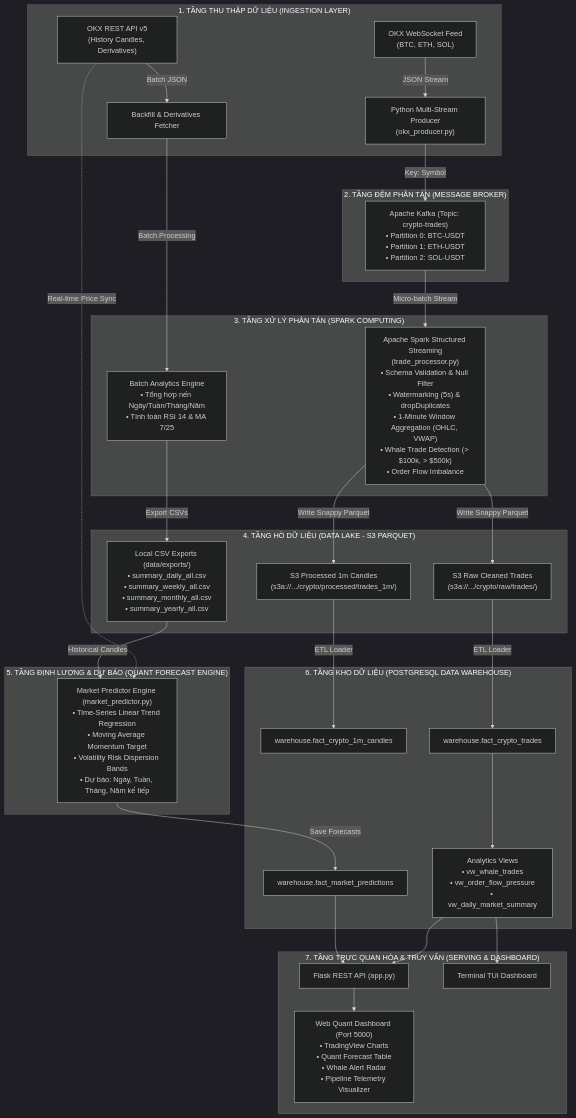
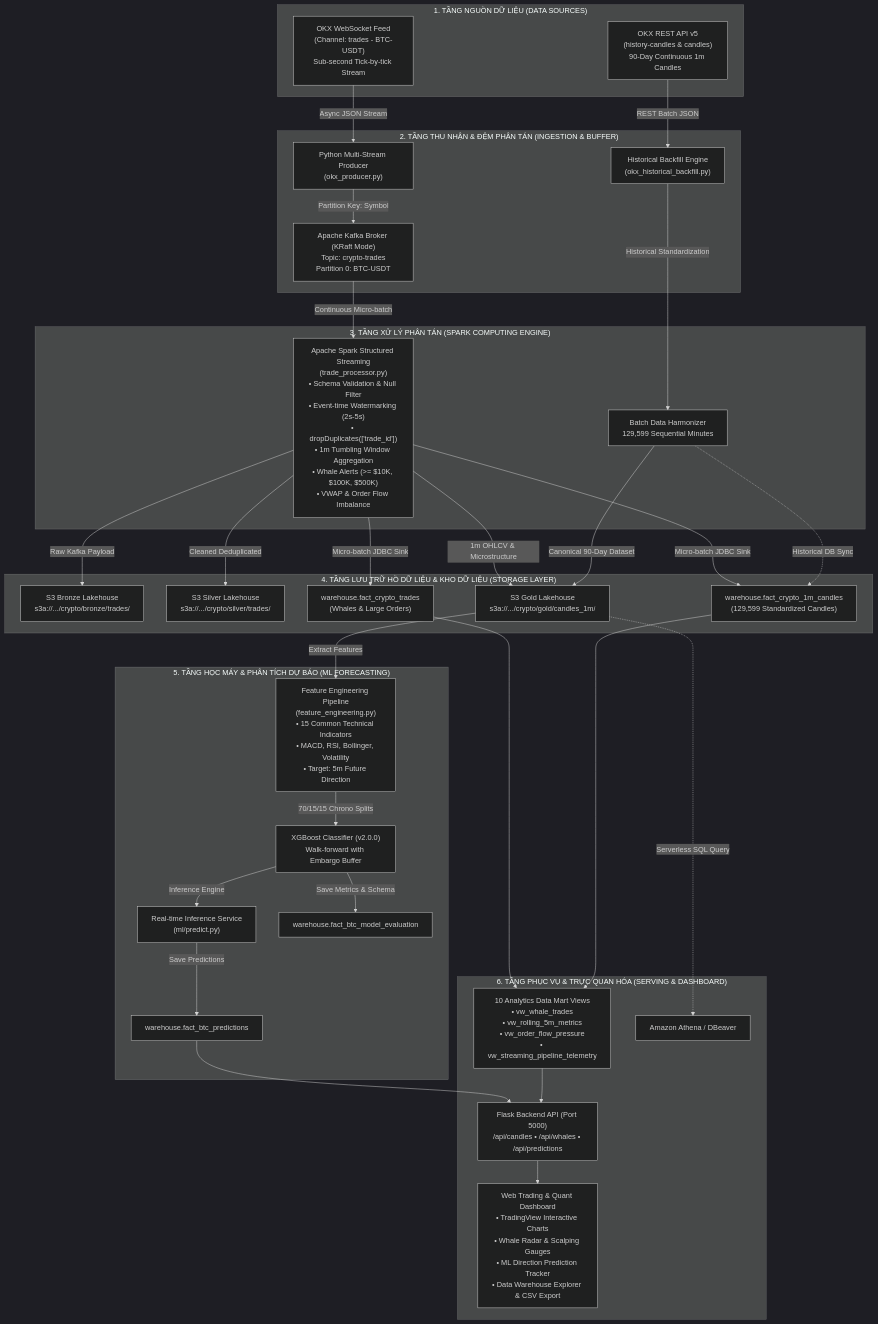
The diagram in README_REPORT.md (thanhduc0609/Crypto-bigdata), drawn with Mermaid (dark theme) before and after one commit. The commit also changed other lines of this file and 97 other files, not shown here.

First line of the commit message:
feat(pipeline,web,lakehouse): refactor pipeline exclusively for BTC-USDT, add white theme to WebDashboard, clean S3 partitions

````diff
--- a/README_REPORT.md
+++ b/README_REPORT.md
@@ -217,41 +361,46 @@
 ```mermaid
 flowchart TD
-    subgraph INGESTION["1. TẦNG THU THẬP DỮ LIỆU (INGESTION LAYER)"]
-        OKX_WS["OKX WebSocket Feed<br/>(BTC, ETH, SOL)"] -->|JSON Stream| PRODUCER["Python Multi-Stream Producer<br/>(okx_producer.py)"]
-        OKX_REST["OKX REST API v5<br/>(History Candles, Derivatives)"] -->|Batch JSON| BATCH_INGEST["Backfill & Derivatives Fetcher"]
+    subgraph S1["1. TẦNG NGUỒN DỮ LIỆU (DATA SOURCES)"]
+        OKX_WS["OKX WebSocket Feed<br/>(Channel: trades - BTC-USDT)<br/>Sub-second Tick-by-tick Stream"]
+        OKX_REST["OKX REST API v5<br/>(history-candles & candles)<br/>90-Day Continuous 1m Candles"]
     end
 
-    subgraph BUFFER["2. TẦNG ĐỆM PHÂN TÁN (MESSAGE BROKER)"]
-        PRODUCER -->|Key: Symbol| KAFKA["Apache Kafka (Topic: crypto-trades)<br/>• Partition 0: BTC-USDT<br/>• Partition 1: ETH-USDT<br/>• Partition 2: SOL-USDT"]
+    subgraph S2["2. TẦNG THU NHẬN & ĐỆM PHÂN TÁN (INGESTION & BUFFER)"]
+        OKX_WS -->|Async JSON Stream| PRODUCER["Python Multi-Stream Producer<br/>(okx_producer.py)"]
+        PRODUCER -->|Partition Key: Symbol| KAFKA["Apache Kafka Broker (KRaft Mode)<br/>Topic: crypto-trades<br/>Partition 0: BTC-USDT"]
+        OKX_REST -->|REST Batch JSON| BACKFILL["Historical Backfill Engine<br/>(okx_historical_backfill.py)"]
     end
 
-    subgraph PROCESSING["3. TẦNG XỬ LÝ PHÂN TÁN (SPARK COMPUTING)"]
-        KAFKA -->|Micro-batch Stream| SPARK_STREAM["Apache Spark Structured Streaming<br/>(trade_processor.py)<br/>• Schema Validation & Null Filter<br/>• Watermarking (5s) & dropDuplicates<br/>• 1-Minute Window Aggregation (OHLC, VWAP)<br/>• Whale Trade Detection (> $100k, > $500k)<br/>• Order Flow Imbalance"]
-        BATCH_INGEST -->|Batch Processing| SPARK_BATCH["Batch Analytics Engine<br/>• Tổng hợp nến Ngày/Tuần/Tháng/Năm<br/>• Tính toán RSI 14 & MA 7/25"]
+    subgraph S3["3. TẦNG XỬ LÝ PHÂN TÁN (SPARK COMPUTING ENGINE)"]
+        KAFKA -->|Continuous Micro-batch| SPARK_STREAM["Apache Spark Structured Streaming<br/>(trade_processor.py)<br/>• Schema Validation & Null Filter<br/>• Event-time Watermarking (2s-5s)<br/>• dropDuplicates(['trade_id'])<br/>• 1m Tumbling Window Aggregation<br/>• Whale Alerts (>= $10K, $100K, $500K)<br/>• VWAP & Order Flow Imbalance"]
+        BACKFILL -->|Historical Standardization| SPARK_BATCH["Batch Data Harmonizer<br/>129,599 Sequential Minutes"]
     end
 
-    subgraph STORAGE["4. TẦNG HỒ DỮ LIỆU (DATA LAKE - S3 PARQUET)"]
-        SPARK_STREAM -->|Write Snappy Parquet| S3_RAW["S3 Raw Cleaned Trades<br/>(s3a://.../crypto/raw/trades/)"]
-        SPARK_STREAM -->|Write Snappy Parquet| S3_1M["S3 Processed 1m Candles<br/>(s3a://.../crypto/processed/trades_1m/)"]
-        SPARK_BATCH -->|Export CSVs| LOCAL_CSV["Local CSV Exports (data/exports/)<br/>• summary_daily_all.csv<br/>• summary_weekly_all.csv<br/>• summary_monthly_all.csv<br/>• summary_yearly_all.csv"]
+    subgraph S4["4. TẦNG LƯU TRỮ HỒ DỮ LIỆU & KHO DỮ LIỆU (STORAGE LAYER)"]
+        SPARK_STREAM -->|Raw Kafka Payload| S3_BRONZE["S3 Bronze Lakehouse<br/>s3a://.../crypto/bronze/trades/"]
+        SPARK_STREAM -->|Cleaned Deduplicated| S3_SILVER["S3 Silver Lakehouse<br/>s3a://.../crypto/silver/trades/"]
+        SPARK_STREAM -->|1m OHLCV & Microstructure| S3_GOLD["S3 Gold Lakehouse<br/>s3a://.../crypto/gold/candles_1m/"]
+        SPARK_BATCH -->|Canonical 90-Day Dataset| S3_GOLD
+        
+        SPARK_STREAM -->|Micro-batch JDBC Sink| PG_FACT_TRADES["warehouse.fact_crypto_trades<br/>(Whales & Large Orders)"]
+        SPARK_STREAM -->|Micro-batch JDBC Sink| PG_FACT_CANDLES["warehouse.fact_crypto_1m_candles<br/>(129,599 Standardized Candles)"]
+        SPARK_BATCH -.->|Historical DB Sync| PG_FACT_CANDLES
     end
 
-    subgraph QUANT_LAYER["5. TẦNG ĐỊNH LƯỢNG & DỰ BÁO (QUANT FORECAST ENGINE)"]
-        LOCAL_CSV -->|Historical Candles| PREDICTOR["Market Predictor Engine (market_predictor.py)<br/>• Time-Series Linear Trend Regression<br/>• Moving Average Momentum Target<br/>• Volatility Risk Dispersion Bands<br/>• Dự báo: Ngày, Tuần, Tháng, Năm kế tiếp"]
-        OKX_REST -.->|Real-time Price Sync| PREDICTOR
+    subgraph S5["5. TẦNG HỌC MÁY & PHÂN TÍCH DỰ BÁO (ML FORECASTING)"]
+        S3_GOLD -->|Extract Features| FEATURE_ENG["Feature Engineering Pipeline<br/>(feature_engineering.py)<br/>• 15 Common Technical Indicators<br/>• MACD, RSI, Bollinger, Volatility<br/>• Target: 5m Future Direction"]
+        FEATURE_ENG -->|70/15/15 Chrono Splits| XGBOOST["XGBoost Classifier (v2.0.0)<br/>Walk-forward with Embargo Buffer"]
+        XGBOOST -->|Inference Engine| REALTIME_PRED["Real-time Inference Service<br/>(ml/predict.py)"]
+        REALTIME_PRED -->|Save Predictions| PG_FACT_PRED["warehouse.fact_btc_predictions"]
+        XGBOOST -->|Save Metrics & Schema| PG_FACT_EVAL["warehouse.fact_btc_model_evaluation"]
     end
 
-    subgraph WAREHOUSE["6. TẦNG KHO DỮ LIỆU (POSTGRESQL DATA WAREHOUSE)"]
-        S3_1M -->|ETL Loader| DW_FACT_CANDLES["warehouse.fact_crypto_1m_candles"]
-        S3_RAW -->|ETL Loader| DW_FACT_TRADES["warehouse.fact_crypto_trades"]
-        PREDICTOR -->|Save Forecasts| DW_FACT_PRED["warehouse.fact_market_predictions"]
-        DW_FACT_TRADES --> DW_VIEWS["Analytics Views<br/>• vw_whale_trades<br/>• vw_order_flow_pressure<br/>• vw_daily_market_summary"]
-    end
-
-    subgraph PRESENTATION["7. TẦNG TRỰC QUAN HÓA & TRUY VẤN (SERVING & DASHBOARD)"]
-        DW_FACT_PRED --> FLASK_API["Flask REST API (app.py)"]
+    subgraph S6["6. TẦNG PHỤC VỤ & TRỰC QUAN HÓA (SERVING & DASHBOARD)"]
+        PG_FACT_TRADES --> DW_VIEWS["10 Analytics Data Mart Views<br/>• vw_whale_trades<br/>• vw_rolling_5m_metrics<br/>• vw_order_flow_pressure<br/>• vw_streaming_pipeline_telemetry"]
+        PG_FACT_CANDLES --> DW_VIEWS
+        PG_FACT_PRED --> FLASK_API["Flask Backend API (Port 5000)<br/>/api/candles • /api/whales • /api/predictions"]
         DW_VIEWS --> FLASK_API
-        FLASK_API --> WEB_UI["Web Quant Dashboard (Port 5000)<br/>• TradingView Charts<br/>• Quant Forecast Table<br/>• Whale Alert Radar<br/>• Pipeline Telemetry Visualizer"]
-        DW_VIEWS --> TERMINAL_UI["Terminal TUI Dashboard"]
+        FLASK_API --> DASHBOARD["Web Trading & Quant Dashboard<br/>• TradingView Interactive Charts<br/>• Whale Radar & Scalping Gauges<br/>• ML Direction Prediction Tracker<br/>• Data Warehouse Explorer & CSV Export"]
+        S3_GOLD -.->|Serverless SQL Query| ATHENA["Amazon Athena / DBeaver"]
     end
 ```
````
